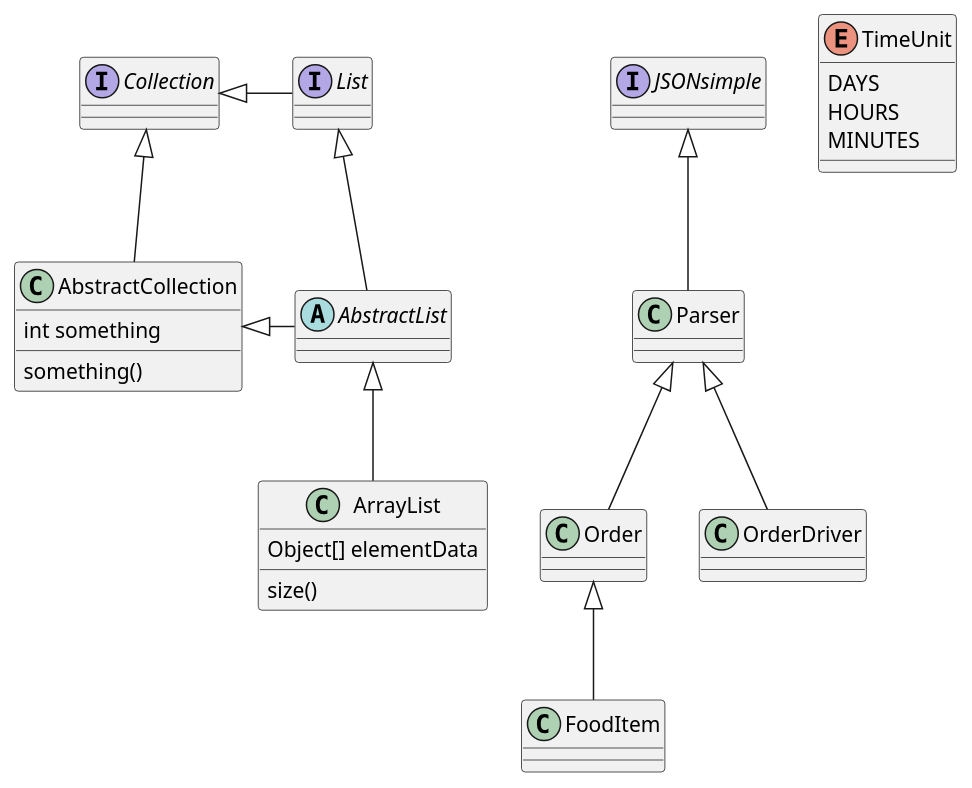
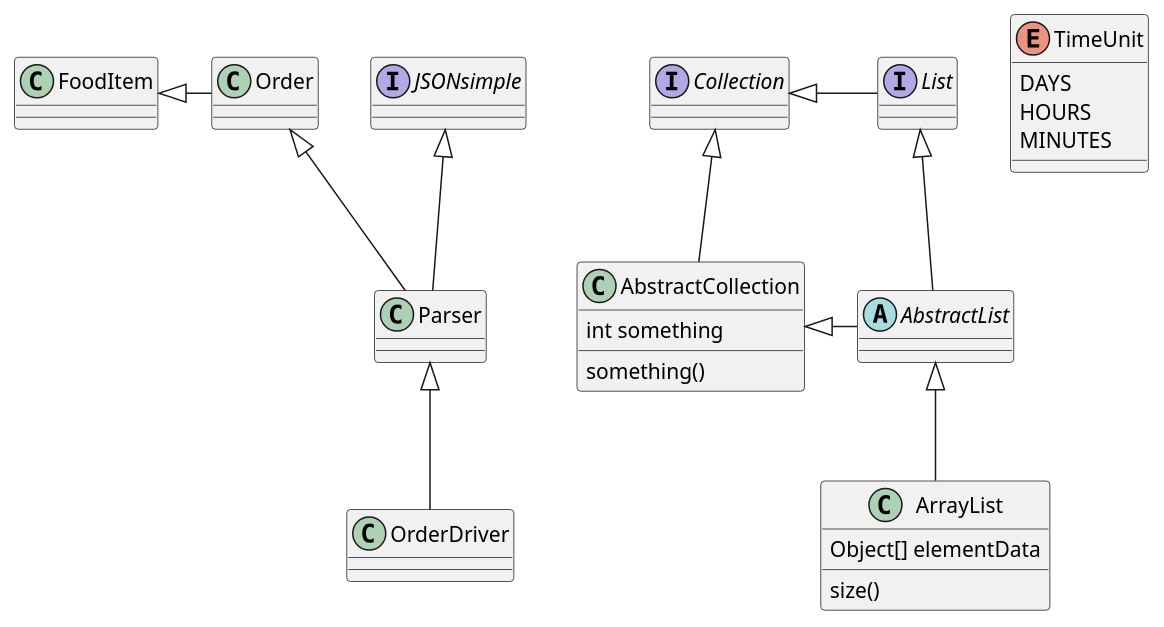
One commit to aidanmahl/372GroupProject changed the diagram in ClassUMLDiagram.puml. Above: the diagram before and after it, drawn with PlantUML.

```diff
--- a/ClassUMLDiagram.puml
+++ b/ClassUMLDiagram.puml
@@ -1,52 +1,52 @@
 @startuml
 'https://plantuml.com/class-diagram
 
 abstract class AbstractList
 abstract AbstractCollection
 class Parser
 class FoodItem
 class Order
 class OrderDriver
 interface List
 interface Collection
 interface JSONsimple
 
 
 JSONsimple <|-- Parser
-Parser <|-- Order
-Order <|-- FoodItem
+Order <|-- Parser
+FoodItem <|- Order
 Parser <|-- OrderDriver
 
 List <|-- AbstractList
 Collection <|-- AbstractCollection
 
 Collection <|- List
 AbstractCollection <|- AbstractList
 AbstractList <|-- ArrayList
 
 class ArrayList {
 Object[] elementData
 size()
 }
 
 enum TimeUnit {
 DAYS
 HOURS
 MINUTES
 }
 
 class AbstractCollection {
 int something
 something()
 }
 
 class FoodItem {
 
 }
 
 class Order {
 
 }
 
 
 @enduml
```
